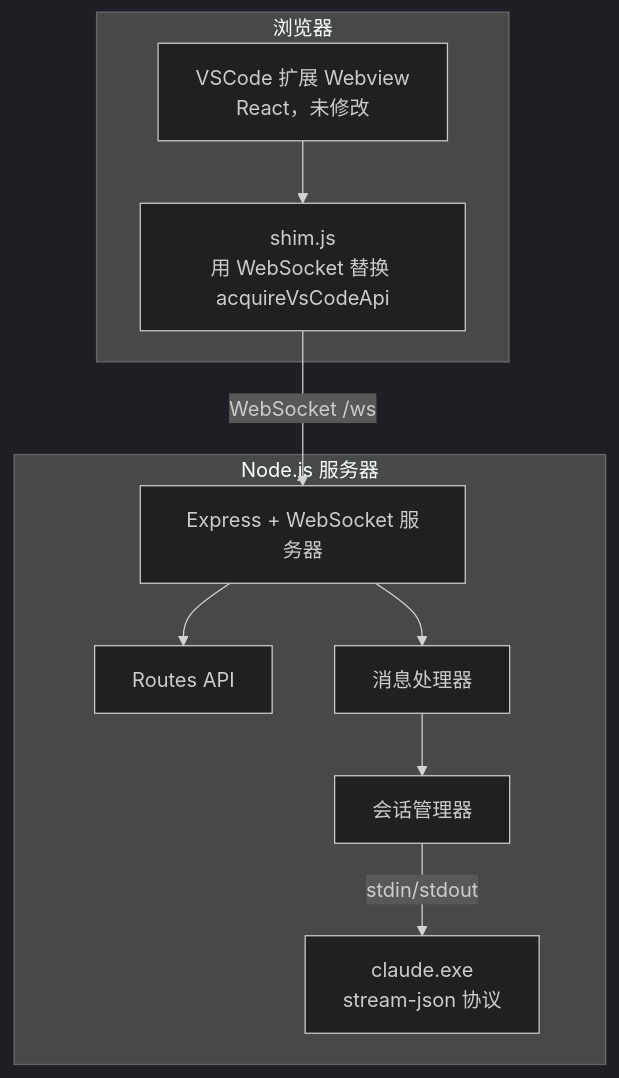
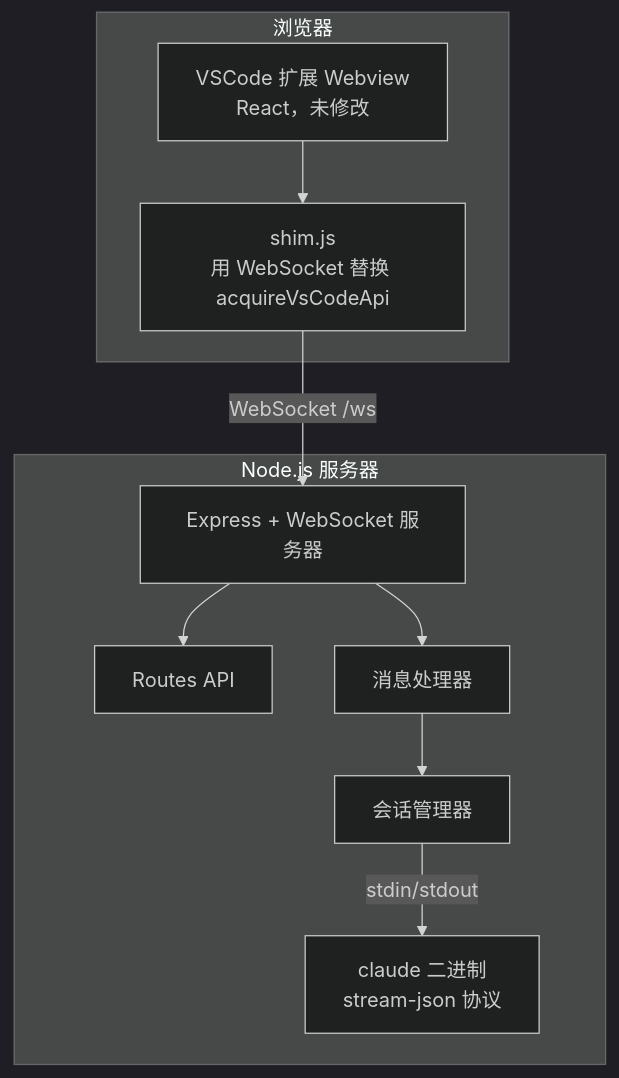
The diagram in README.zh-CN.md (dreamhunter2333/claude-vs-ext-web), drawn with Mermaid (dark theme) before and after one commit. The commit also changed other lines of this file and 1 other file, not shown here.

Commit message:
docs: Replace claude.exe with claude binary in README

````diff
--- a/README.zh-CN.md
+++ b/README.zh-CN.md
@@ -18,23 +18,23 @@
 ```mermaid
 graph TB
     subgraph 浏览器
         A[VSCode 扩展 Webview<br/>React，未修改]
         B[shim.js<br/>用 WebSocket 替换 acquireVsCodeApi]
         A --> B
     end
 
     subgraph "Node.js 服务器"
         C[Express + WebSocket 服务器]
         D[Routes API]
         E[消息处理器]
         F[会话管理器]
-        G[claude.exe<br/>stream-json 协议]
+        G[claude 二进制<br/>stream-json 协议]
 
         C --> D
         C --> E
         E --> F
         F -->|stdin/stdout| G
     end
 
     B -->|WebSocket /ws| C
 ```
````
